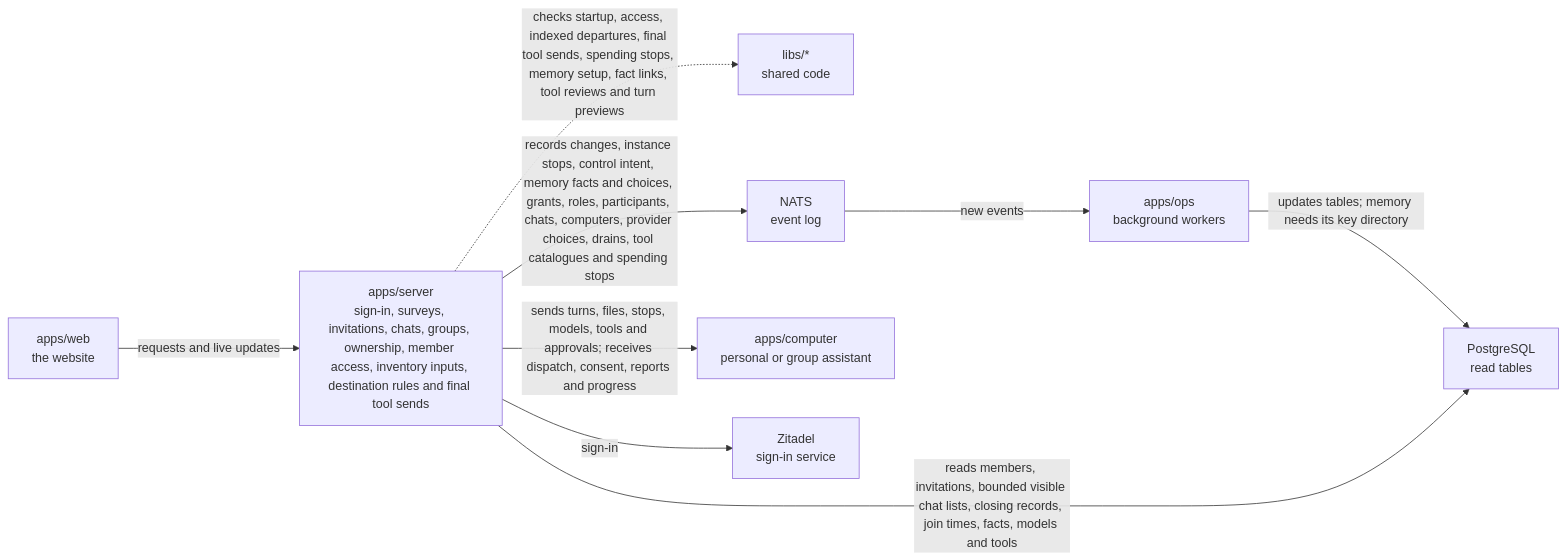
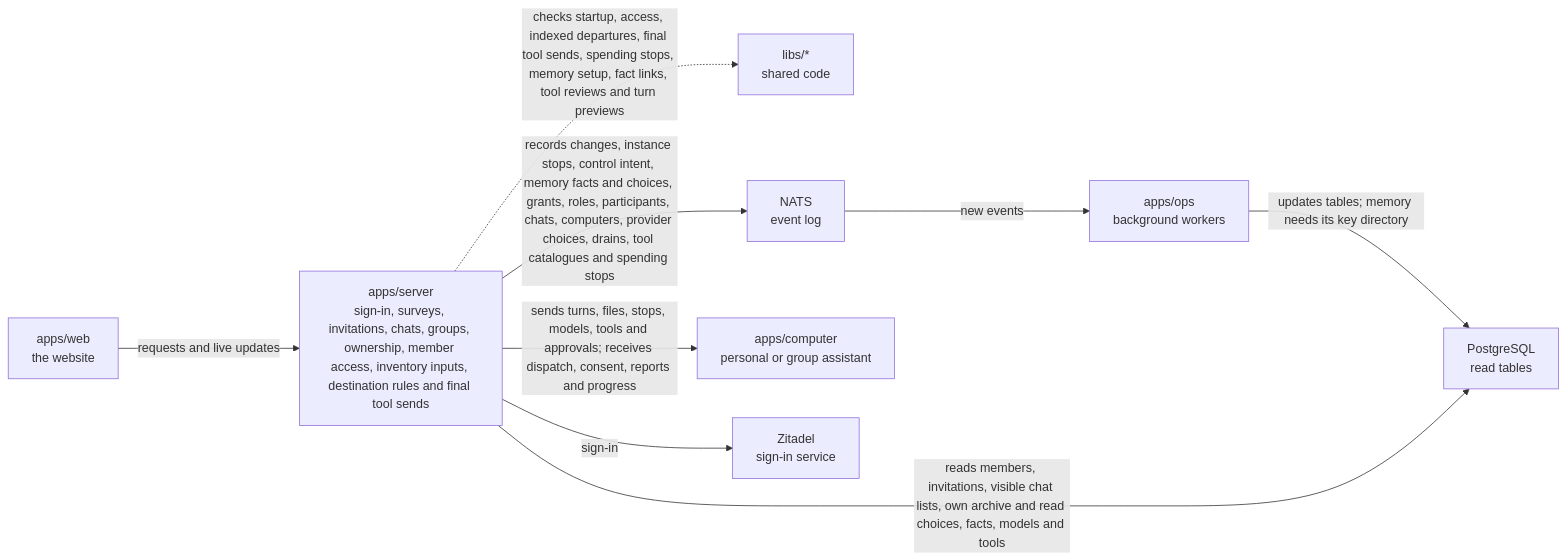
Before and after one commit to elewa-git/opencrane-new: the diagram in apps/server/README.md, drawn with Mermaid. The commit also changed other lines of this file and 12 other files, not shown here.

Commit message:
📚 Save each member’s conversation archive and read choices

````diff
--- a/apps/server/README.md
+++ b/apps/server/README.md
@@ -11,11 +11,11 @@
 ```mermaid
 flowchart LR
   web["apps/web<br/>the website"] -->|requests and live updates| server["apps/server<br/>sign-in, surveys, invitations, chats, groups, ownership, member access, inventory inputs, destination rules and final tool sends"]
   server -.->|checks startup, access, indexed departures, final tool sends, spending stops, memory setup, fact links, tool reviews and turn previews| libs["libs/*<br/>shared code"]
   server -->|records changes, instance stops, control intent, memory facts and choices, grants, roles, participants, chats, computers, provider choices, drains, tool catalogues and spending stops| nats["NATS<br/>event log"]
   nats -->|new events| ops["apps/ops<br/>background workers"]
   ops -->|updates tables; memory needs its key directory| postgres["PostgreSQL<br/>read tables"]
-  server -->|reads members, invitations, bounded visible chat lists, closing records, join times, facts, models and tools| postgres
+  server -->|reads members, invitations, visible chat lists, own archive and read choices, facts, models and tools| postgres
   server -->|sends turns, files, stops, models, tools and approvals; receives dispatch, consent, reports and progress| computer["apps/computer<br/>personal or group assistant"]
   server -->|sign-in| zitadel["Zitadel<br/>sign-in service"]
 ```
````
